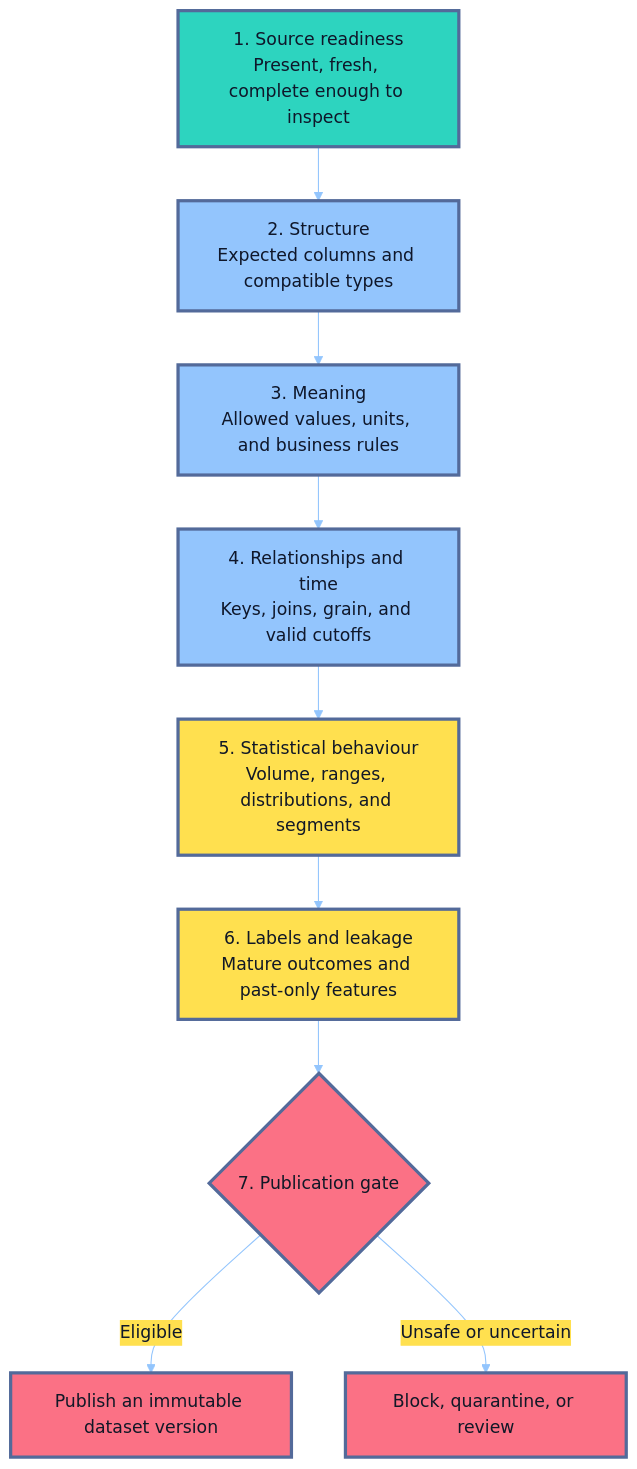
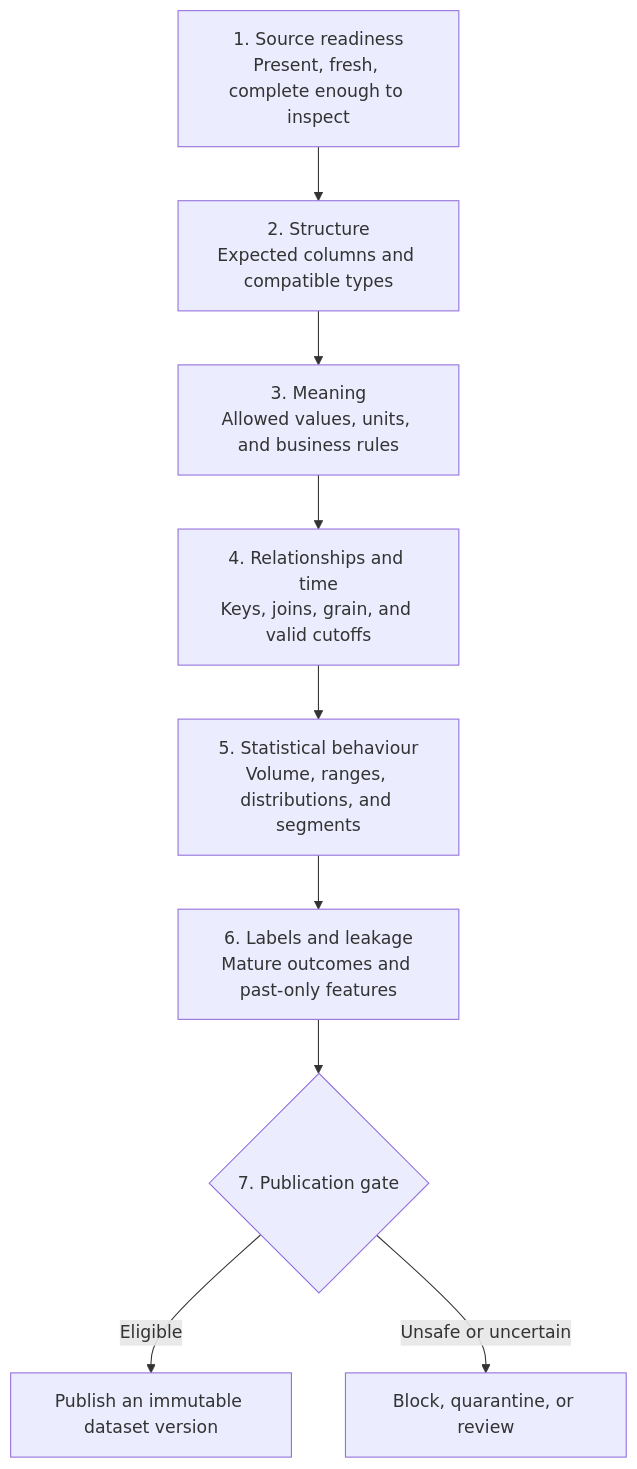
Before and after one commit to senlinyy/dev-roadmaps: the first of 3 diagrams in roadmaps/mlops/modules/data-for-ml-systems/data-quality/01-data-validation-for-ml-pipelines.md, drawn with Mermaid. The commit also changed other lines of this file and 152 other files, not shown here.

Commit message:
feat: mlops and diagrams updated

````diff
--- a/roadmaps/mlops/modules/data-for-ml-systems/data-quality/01-data-validation-for-ml-pipelines.md
+++ b/roadmaps/mlops/modules/data-for-ml-systems/data-quality/01-data-validation-for-ml-pipelines.md
@@ -57,21 +57,17 @@
 ```mermaid
-%%{init: {"theme": "base", "themeVariables": {"background": "#111827", "primaryColor": "#2DD4BF", "primaryTextColor": "#0F172A", "primaryBorderColor": "#536A9A", "lineColor": "#93C5FD", "secondaryColor": "#FFE04F", "tertiaryColor": "#FB7185", "fontFamily": "Nunito, sans-serif"}}}%%
+
 flowchart TD
     A["1. Source readiness<br/>Present, fresh, complete enough to inspect"] --> B["2. Structure<br/>Expected columns and compatible types"]
     B --> C["3. Meaning<br/>Allowed values, units, and business rules"]
     C --> D["4. Relationships and time<br/>Keys, joins, grain, and valid cutoffs"]
     D --> E["5. Statistical behaviour<br/>Volume, ranges, distributions, and segments"]
     E --> F["6. Labels and leakage<br/>Mature outcomes and past-only features"]
     F --> G{"7. Publication gate"}
     G -->|Eligible| H["Publish an immutable dataset version"]
     G -->|Unsafe or uncertain| I["Block, quarantine, or review"]
 
-    classDef ready fill:#2DD4BF,stroke:#536A9A,stroke-width:3px,color:#0F172A
-    classDef contract fill:#93C5FD,stroke:#536A9A,stroke-width:3px,color:#0F172A
-    classDef ml fill:#FFE04F,stroke:#536A9A,stroke-width:3px,color:#111827
-    classDef decision fill:#FB7185,stroke:#536A9A,stroke-width:3px,color:#111827
     class A ready
     class B,C,D contract
     class E,F ml
     class G,H,I decision
 ```
````
